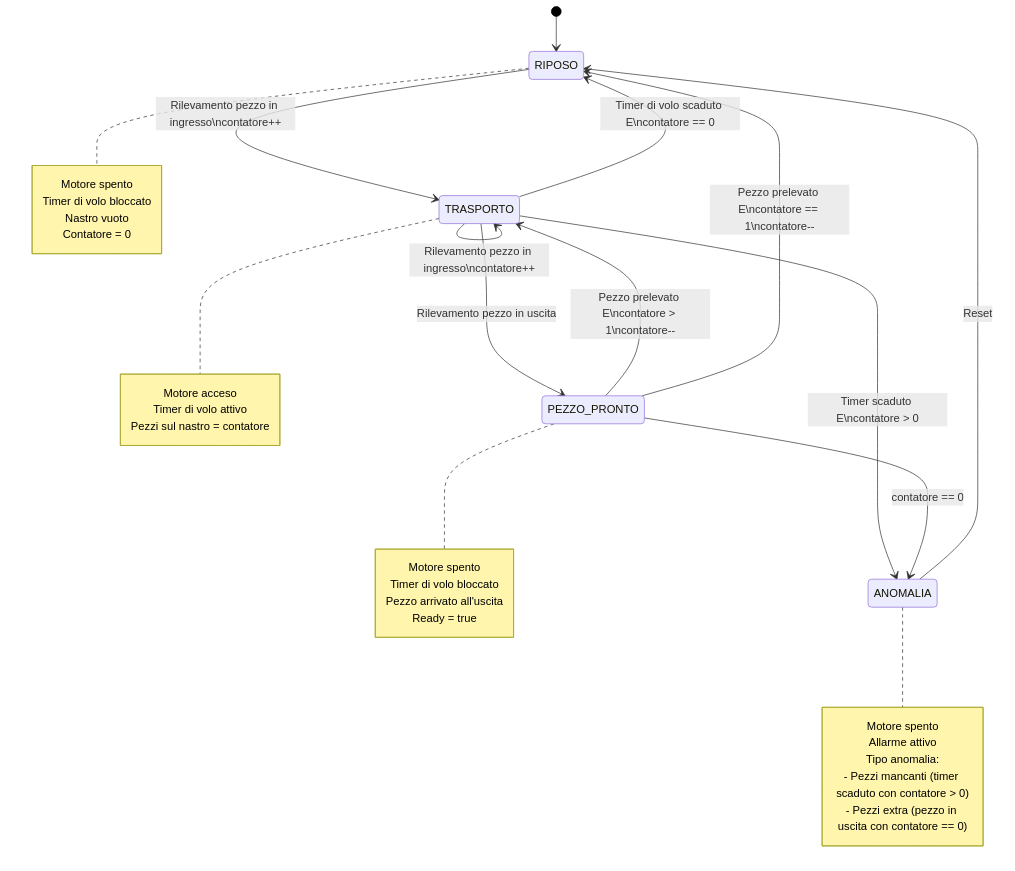
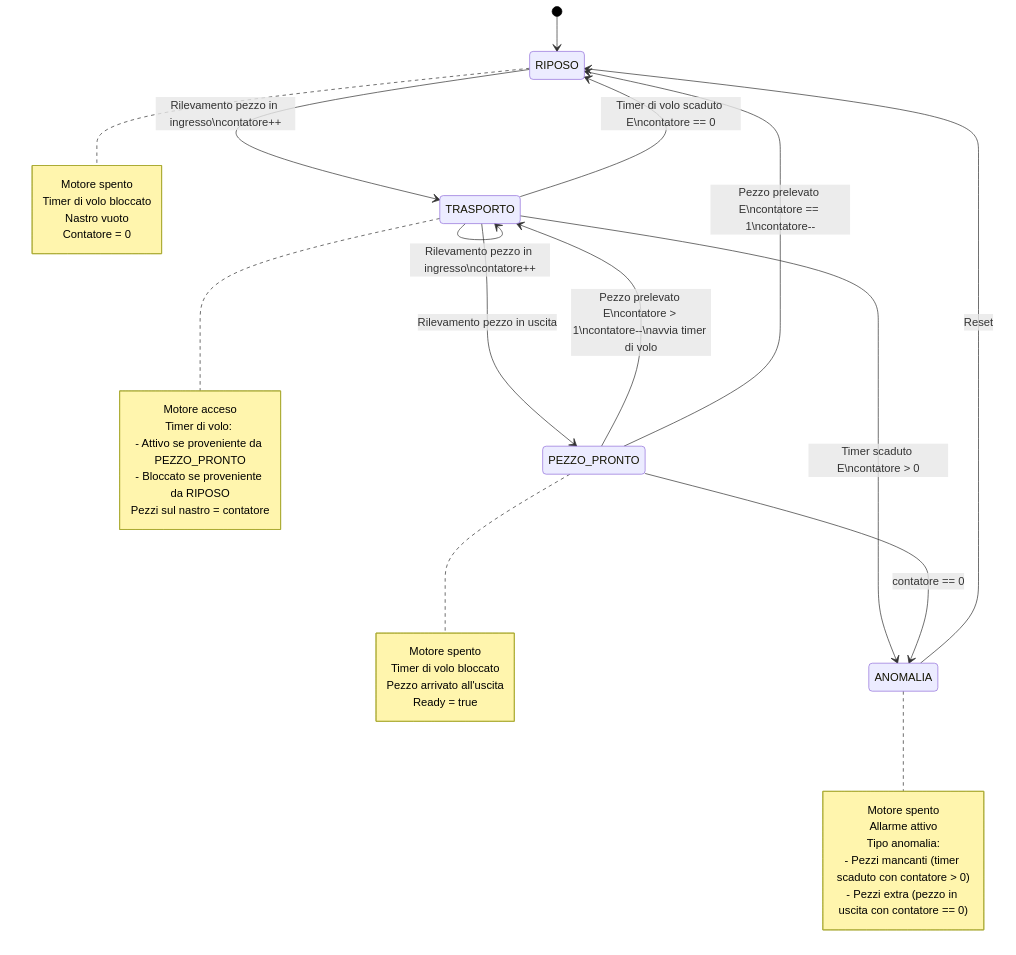
Before and after one commit to sebastianomelita/ArduinoBareMetal: the diagram in nastrocont.md, drawn with Mermaid.

````diff
--- a/nastrocont.md
+++ b/nastrocont.md
@@ -44,47 +44,49 @@
 ```mermaid
 %%{init: {'theme': 'default', 'themeVariables': { 'primaryColor': '#ffffff', 'primaryTextColor': '#000000', 'primaryBorderColor': '#000000', 'lineColor': '#000000', 'secondaryColor': '#f4f4f4', 'tertiaryColor': '#ffffff' }}}%%
 stateDiagram-v2
     [*] --> RIPOSO
 
     RIPOSO --> TRASPORTO: Rilevamento pezzo in ingresso\ncontatore++
     
     TRASPORTO --> TRASPORTO: Rilevamento pezzo in ingresso\ncontatore++
     TRASPORTO --> PEZZO_PRONTO: Rilevamento pezzo in uscita
     TRASPORTO --> ANOMALIA: Timer scaduto E\ncontatore > 0
     
-    PEZZO_PRONTO --> TRASPORTO: Pezzo prelevato E\ncontatore > 1\ncontatore--
+    PEZZO_PRONTO --> TRASPORTO: Pezzo prelevato E\ncontatore > 1\ncontatore--\navvia timer di volo
     PEZZO_PRONTO --> RIPOSO: Pezzo prelevato E\ncontatore == 1\ncontatore--
     PEZZO_PRONTO --> ANOMALIA: contatore == 0
     
     TRASPORTO --> RIPOSO: Timer di volo scaduto E\ncontatore == 0
     
     ANOMALIA --> RIPOSO: Reset
     
     note right of RIPOSO
         Motore spento
         Timer di volo bloccato
         Nastro vuoto
         Contatore = 0
     end note
     
     note right of TRASPORTO
         Motore acceso
-        Timer di volo attivo
+        Timer di volo: 
+        - Attivo se proveniente da PEZZO_PRONTO
+        - Bloccato se proveniente da RIPOSO
         Pezzi sul nastro = contatore
     end note
     
     note right of PEZZO_PRONTO
         Motore spento
         Timer di volo bloccato
         Pezzo arrivato all'uscita
         Ready = true
     end note
     
     note right of ANOMALIA
         Motore spento
         Allarme attivo
         Tipo anomalia:
         - Pezzi mancanti (timer scaduto con contatore > 0)
         - Pezzi extra (pezzo in uscita con contatore == 0)
     end note
 ```
````
